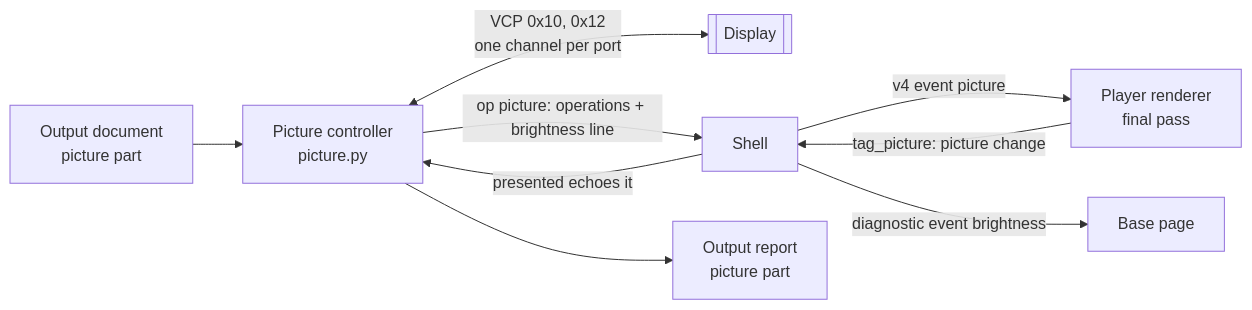
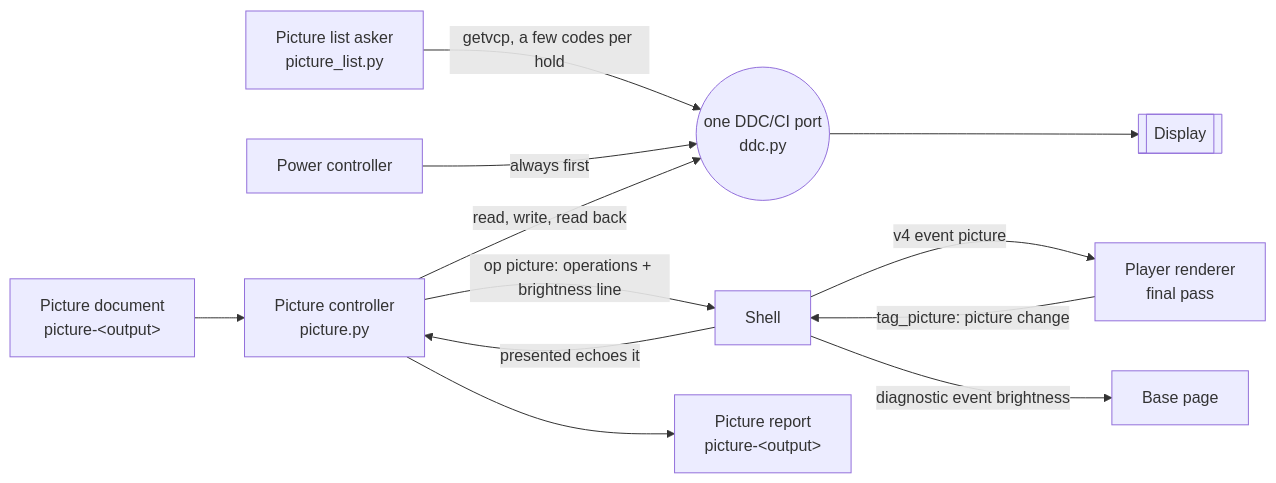
One commit to mcurcio/photo-wall changed the sixth of 6 diagrams in docs/player-architecture.md. Above: the diagram before and after it, drawn with Mermaid. The commit also changed other lines of this file and 9 other files, not shown here.

First line of the commit message:
docs(display): picture settings in two groups, the display's own and Photo Wall's (0022)

````diff
--- a/docs/player-architecture.md
+++ b/docs/player-architecture.md
@@ -257,10 +264,12 @@
 ```mermaid
 flowchart LR
-  DOC[Output document<br/>picture part] --> PC[Picture controller<br/>picture.py]
-  PC <-->|VCP 0x10, 0x12<br/>one channel per port| MON[[Display]]
+  DOC[Picture document<br/>picture-&lt;output&gt;] --> PC[Picture controller<br/>picture.py]
+  ASK[Picture list asker<br/>picture_list.py] -->|getvcp, a few codes per hold| PORT((one DDC/CI port<br/>ddc.py))
+  PW[Power controller] -->|always first| PORT
+  PC -->|read, write, read back| PORT --> MON[[Display]]
   PC -->|op picture: operations + brightness line| SH[Shell]
   SH -->|v4 event picture| PL[Player renderer<br/>final pass]
   SH -->|diagnostic event brightness| OV[Base page]
   PL -->|tag_picture: picture change| SH -->|presented echoes it| PC
-  PC --> REP[Output report<br/>picture part]
+  PC --> REP[Picture report<br/>picture-&lt;output&gt;]
 ```
````
